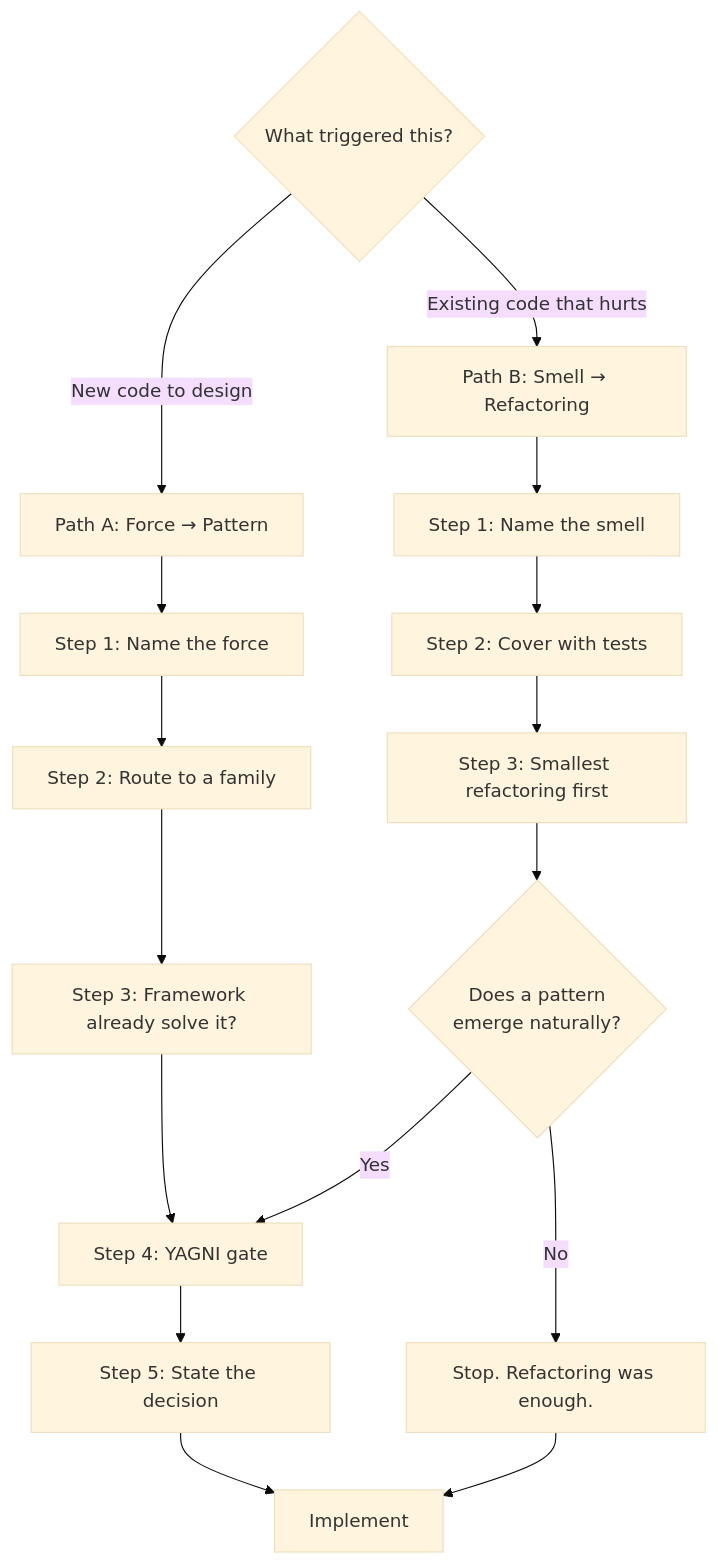
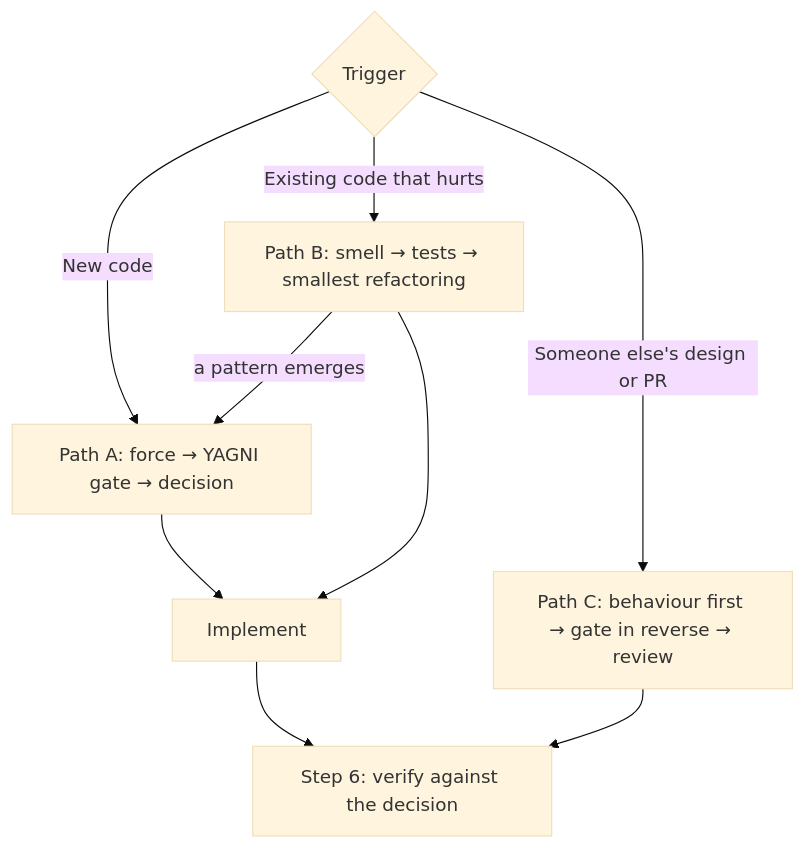
One commit to christianpasinrey/refactoring.guru-skill changed the diagram in skills/patterns-and-refactoring/SKILL.md. Above: the diagram before and after it, drawn with Mermaid (base theme). The commit also changed other lines of this file and 12 other files, not shown here.

First line of the commit message:
Add review path, post-implementation verification and testing reference

````diff
--- a/skills/patterns-and-refactoring/SKILL.md
+++ b/skills/patterns-and-refactoring/SKILL.md
@@ -10,18 +11,10 @@
 ```mermaid
 flowchart TD
-    T{What triggered this?} -->|New code to design| A[Path A: Force → Pattern]
-    T -->|Existing code that hurts| B[Path B: Smell → Refactoring]
-    A --> A1[Step 1: Name the force]
-    A1 --> A2[Step 2: Route to a family]
-    A2 --> A3[Step 3: Framework already solve it?]
-    A3 --> A4[Step 4: YAGNI gate]
-    A4 --> A5[Step 5: State the decision]
-    B --> B1[Step 1: Name the smell]
-    B1 --> B2[Step 2: Cover with tests]
-    B2 --> B3[Step 3: Smallest refactoring first]
-    B3 --> B4{Does a pattern<br/>emerge naturally?}
-    B4 -->|Yes| A4
-    B4 -->|No| B5[Stop. Refactoring was enough.]
-    A5 --> Z[Implement]
-    B5 --> Z
+    T{Trigger} -->|New code| A[Path A: force → YAGNI gate → decision]
+    T -->|Existing code that hurts| B[Path B: smell → tests → smallest refactoring]
+    T -->|Someone else's design or PR| C[Path C: behaviour first → gate in reverse → review]
+    B -->|a pattern emerges| A
+    A --> Z[Implement] --> V[Step 6: verify against the decision]
+    B --> Z
+    C --> V
 ```
````
